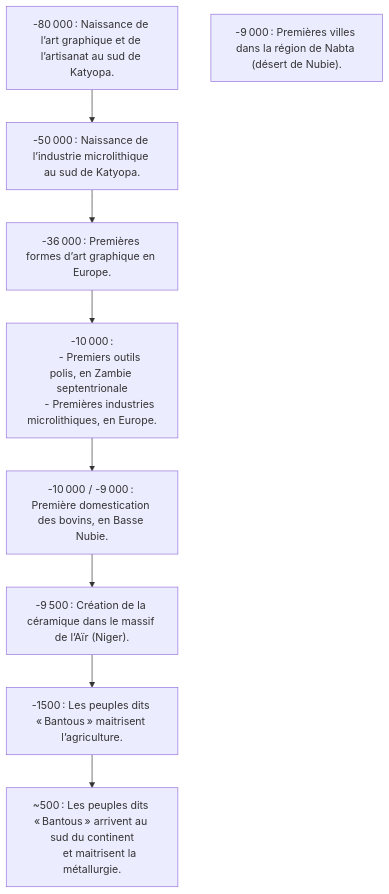
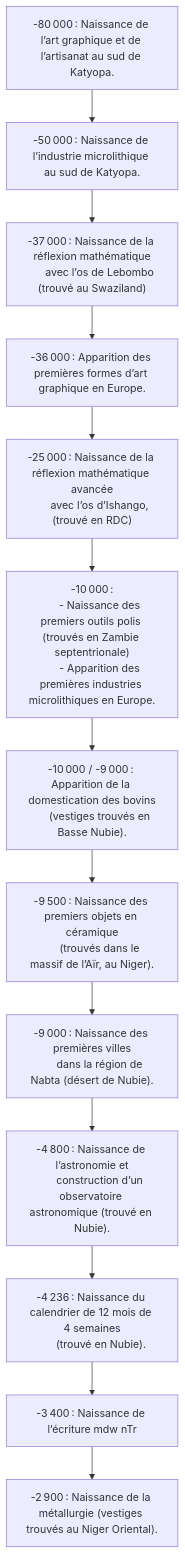
The diagram in en-cours/histoire/avancées-technologiques.md (ba-moun/Ba-Moun-Save), drawn with Mermaid before and after one commit. The commit also changed other lines of this file, not shown here.

Commit message:
docs: update en-cours/histoire/avancées-technologiques

````diff
--- a/en-cours/histoire/avancées-technologiques.md
+++ b/en-cours/histoire/avancées-technologiques.md
@@ -15,26 +15,40 @@
 ```mermaid
 flowchart TB
    graphicArts["-80 000 : Naissance de l’art graphique et de l’artisanat au sud de Katyopa."]
    
    technocomplex["-50 000 : Naissance de l’industrie microlithique au sud de Katyopa."]
    
-   graphicArtsInEu["-36 000 : Premières formes d’art graphique en Europe."]
+   lebomboBone["-37 000 : Naissance de la réflexion mathématique
+      avec l’os de Lebombo (trouvé au Swaziland)"]
+   
+   graphicArtsInEu["-36 000 : Apparition des premières formes d’art graphique en Europe."]
+   
+   ishangoBone["-25 000 : Naissance de la réflexion mathématique avancée
+      avec l’os d’Ishango, (trouvé en RDC)"]
    
    technocomplexInEu["-10 000 :
-      - Premiers outils polis, en Zambie septentrionale
-      - Premières industries microlithiques, en Europe."]
+      - Naissance des premiers outils polis (trouvés en Zambie septentrionale)
+      - Apparition des premières industries microlithiques en Europe."]
    
-   cattleDomestication["-10 000 / -9 000 : Première domestication des bovins, en Basse Nubie."]
+   cattleDomestication["-10 000 / -9 000 : Apparition de la domestication des bovins
+      (vestiges trouvés en Basse Nubie)."]
    
-   ceramicCreationDate["-9 500 : Création de la céramique dans le massif de l’Aïr (Niger)."]
+   ceramicCreationDate["-9 500 : Naissance des premiers objets en céramique
+      (trouvés dans le massif de l’Aïr, au Niger)."]
    
-   firstCities["-9 000 : Premières villes dans la région de Nabta (désert de Nubie)."]
-
-   agriculture["-1500 : Les peuples dits « Bantous » maitrisent l’agriculture."]
+   firstCities["-9 000 : Naissance des premières villes
+      dans la région de Nabta (désert de Nubie)."]
+      
+   astronomicalObservatory["-4 800 : Naissance de l’astronomie et
+      construction d’un observatoire astronomique (trouvé en Nubie)."]
+      
+   calendar["-4 236 : Naissance du calendrier de 12 mois de 4 semaines
+      (trouvé en Nubie)."]
+      
+   hieroglyph["-3 400 : Naissance de l’écriture mdw nTr"]
    
-   metalworkingIndustry["~500 : Les peuples dits « Bantous » arrivent au sud du continent
-      et maitrisent la métallurgie."]
-      
-   graphicArts --> technocomplex --> graphicArtsInEu --> technocomplexInEu --> cattleDomestication --> ceramicCreationDate --> agriculture --> metalworkingIndustry
+   metalworkingIndustry["-2 900 : Naissance de la métallurgie (vestiges trouvés au Niger Oriental)."]
+   
+   graphicArts --> technocomplex --> lebomboBone --> graphicArtsInEu --> ishangoBone --> technocomplexInEu --> cattleDomestication --> ceramicCreationDate --> firstCities --> astronomicalObservatory --> calendar --> hieroglyph --> metalworkingIndustry
    
 ```
````
